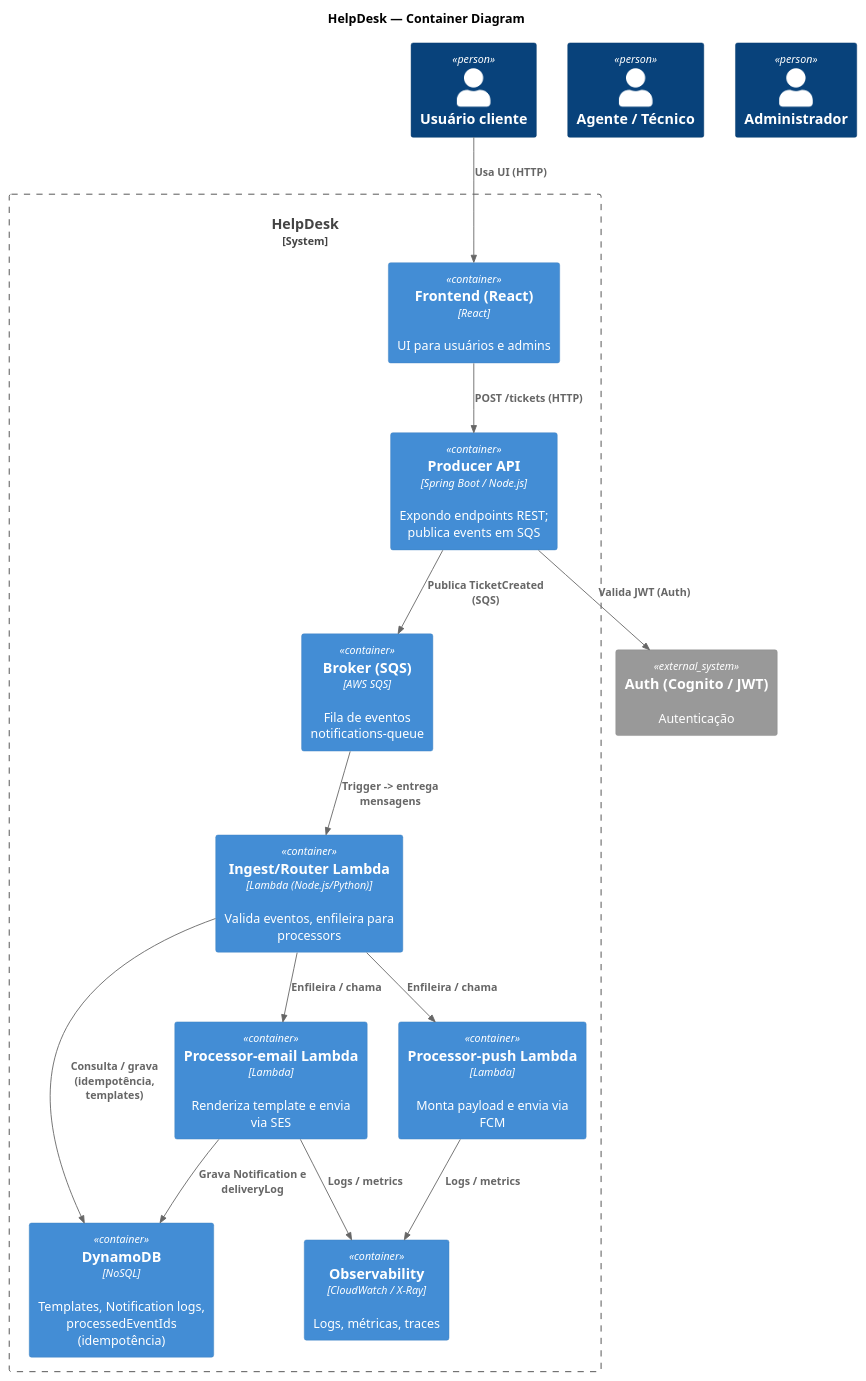
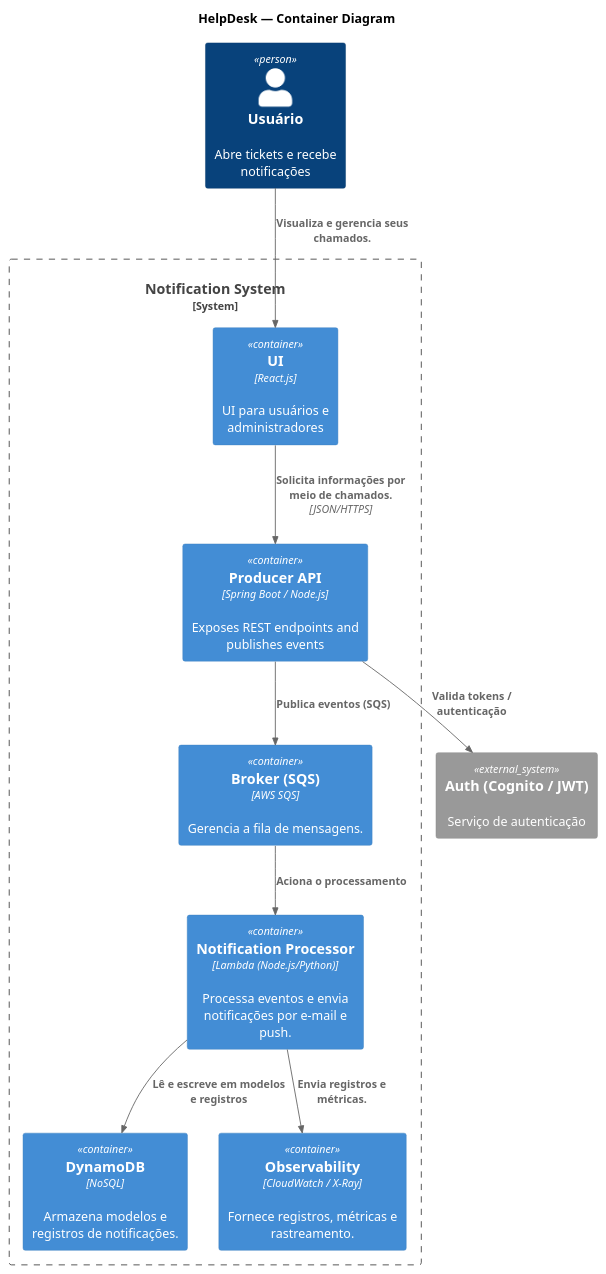
Before and after one commit to MiqueiasBento/Sistema-de-Notificacao-e-Mensageria: the diagram in documentacao/C4/container.puml, drawn with PlantUML. The commit also changed 1 other file, not shown here.

Commit message:
doc: documentacao c4 - container v3

```diff
--- a/documentacao/C4/container.puml
+++ b/documentacao/C4/container.puml
@@ -1,34 +1,26 @@
 @startuml HelpDesk_Containers
 !include https://raw.githubusercontent.com/plantuml-stdlib/C4-PlantUML/master/C4_Container.puml
 
 Title HelpDesk — Container Diagram
 
-Person(user, "Usuário cliente")
-Person(agent, "Agente / Técnico")
-Person(admin, "Administrador")
+Person(user, "Usuário", "Abre tickets e recebe notificações")
 
-System_Boundary(system, "HelpDesk") {
-  Container(frontend, "Frontend (React)", "React", "UI para usuários e admins")
-  Container(producer, "Producer API", "Spring Boot / Node.js", "Expondo endpoints REST; publica events em SQS")
-  Container(sqs, "Broker (SQS)", "AWS SQS", "Fila de eventos notifications-queue")
-  Container(lambdaRouter, "Ingest/Router Lambda", "Lambda (Node.js/Python)", "Valida eventos, enfileira para processors")
-  Container(processorEmail, "Processor-email Lambda", "Lambda", "Renderiza template e envia via SES")
-  Container(processorPush, "Processor-push Lambda", "Lambda", "Monta payload e envia via FCM")
-  Container(db, "DynamoDB", "NoSQL", "Templates, Notification logs, processedEventIds (idempotência)")
-  Container(obs, "Observability", "CloudWatch / X-Ray", "Logs, métricas, traces")
+System_Boundary(system, "Notification System") {
+  Container(UI, "UI", "React.js", "UI para usuários e administradores")
+  Container(producer, "Producer API", "Spring Boot / Node.js", "Exposes REST endpoints and publishes events")
+  Container(sqs, "Broker (SQS)", "AWS SQS", "Gerencia a fila de mensagens.")
+  Container(notificationProcessor, "Notification Processor", "Lambda (Node.js/Python)", "Processa eventos e envia notificações por e-mail e push.")
+  Container(db, "DynamoDB", "NoSQL", "Armazena modelos e registros de notificações.")
+  Container(obs, "Observability", "CloudWatch / X-Ray", "Fornece registros, métricas e rastreamento.")
 }
-System_Ext(auth, "Auth (Cognito / JWT)", "Autenticação")
+System_Ext(auth, "Auth (Cognito / JWT)", "Serviço de autenticação")
 
-Rel(user, frontend, "Usa UI (HTTP)")
-Rel(frontend, producer, "POST /tickets (HTTP)")
-Rel(producer, sqs, "Publica TicketCreated (SQS)")
-Rel(sqs, lambdaRouter, "Trigger -> entrega mensagens")
-Rel(lambdaRouter, db, "Consulta / grava (idempotência, templates)")
-Rel(lambdaRouter, processorEmail, "Enfileira / chama")
-Rel(lambdaRouter, processorPush, "Enfileira / chama")
-Rel(processorEmail, db, "Grava Notification e deliveryLog")
-Rel(processorEmail, obs, "Logs / metrics")
-Rel(processorPush, obs, "Logs / metrics")
-Rel(producer, auth, "Valida JWT (Auth)")
+Rel(user, UI , "Visualiza e gerencia seus chamados.")
+Rel(UI, producer, "Solicita informações por meio de chamados.", "JSON/HTTPS")
+Rel(producer, sqs, "Publica eventos (SQS)")
+Rel(sqs, notificationProcessor, "Aciona o processamento")
+Rel(notificationProcessor, db, "Lê e escreve em modelos e registros")
+Rel(notificationProcessor, obs, "Envia registros e métricas.")
+Rel(producer, auth, "Valida tokens / autenticação")
 
 @enduml
```
